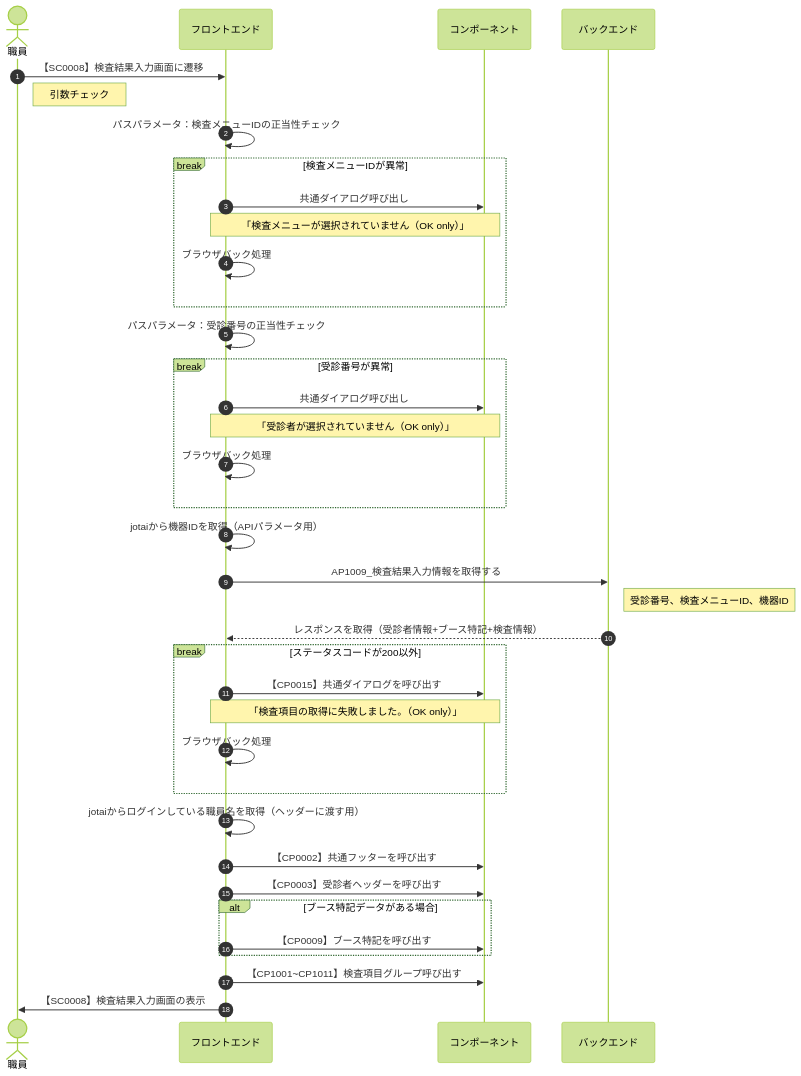
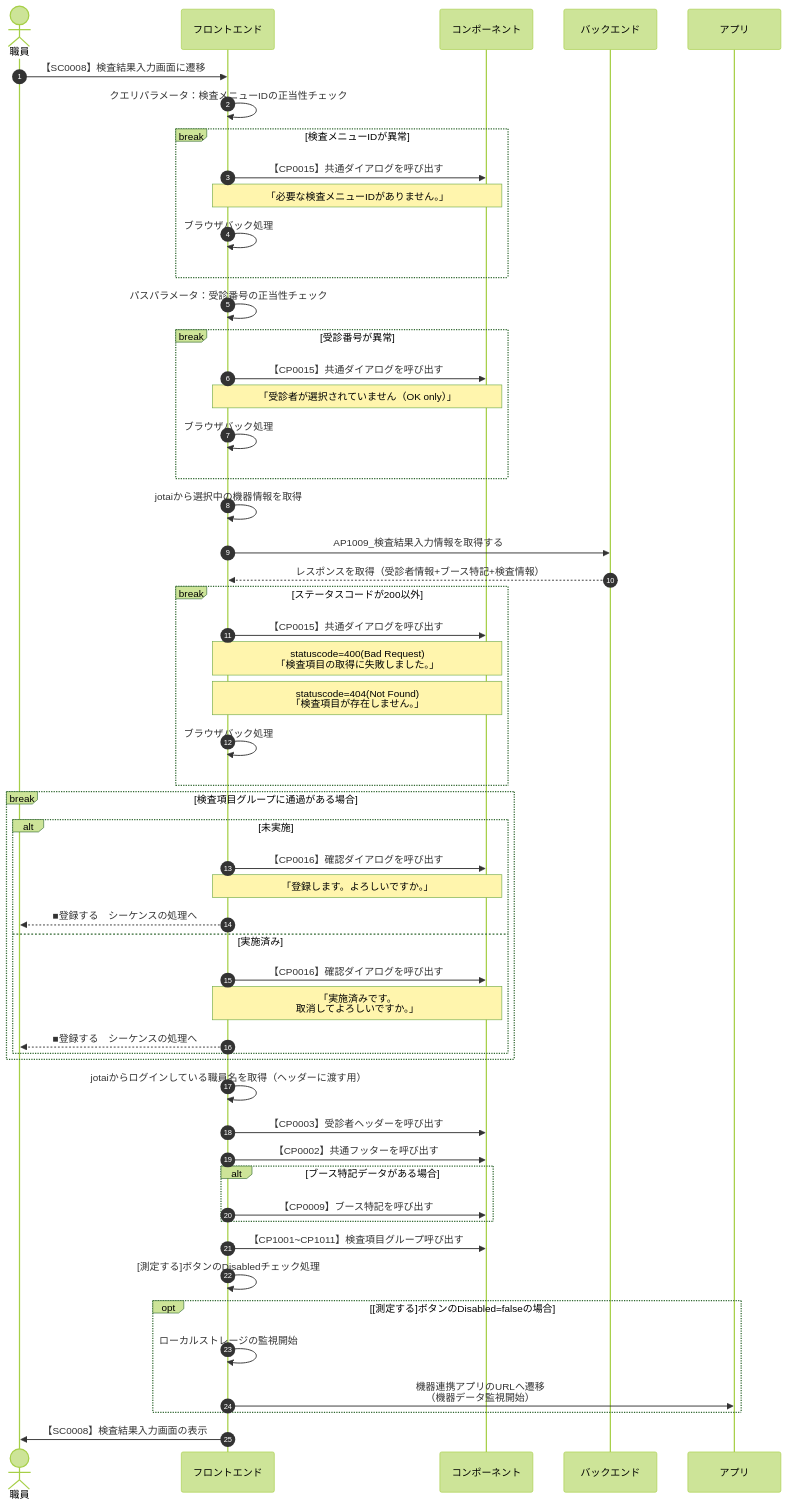
The diagram in Documents/UI設計書/src/docs/画面/SC0008_検査結果入力画面/SC0008-初期表示.mmd (MrWangpeilin945/FlutterIOS), drawn with Mermaid before and after one commit. The commit also changed 1 other file, not shown here.

Commit message:
SC0008_検査結果入力画面のシーケンス図修正

```diff
--- a/Documents/UI設計書/src/docs/画面/SC0008_検査結果入力画面/SC0008-初期表示.mmd
+++ b/Documents/UI設計書/src/docs/画面/SC0008_検査結果入力画面/SC0008-初期表示.mmd
@@ -1,38 +1,55 @@
 %%{init:{'theme':'forest'}}%%
 sequenceDiagram
   actor stf as 職員
   participant fe as フロントエンド
   participant cmp as コンポーネント
   participant be as バックエンド
+  participant app as アプリ
   autonumber
   stf ->> fe: 【SC0008】検査結果入力画面に遷移
-  Note right of stf: 引数チェック
-  fe ->> fe: パスパラメータ：検査メニューIDの正当性チェック
+
+  fe ->> fe: クエリパラメータ：検査メニューIDの正当性チェック
   break 検査メニューIDが異常
-    fe ->> cmp: 共通ダイアログ呼び出し
-    Note over fe, cmp: 「検査メニューが選択されていません（OK only）」
+    fe ->> cmp: 【CP0015】共通ダイアログを呼び出す
+    Note over fe, cmp: 「必要な検査メニューIDがありません。」
     fe ->> fe: ブラウザバック処理
   end
   fe ->> fe: パスパラメータ：受診番号の正当性チェック
   break 受診番号が異常
-    fe ->> cmp: 共通ダイアログ呼び出し
+    fe ->> cmp: 【CP0015】共通ダイアログを呼び出す
     Note over fe, cmp: 「受診者が選択されていません（OK only）」
     fe ->> fe: ブラウザバック処理
   end
-  fe ->> fe: jotaiから機器IDを取得（APIパラメータ用）
+  fe ->> fe: jotaiから選択中の機器情報を取得
   fe ->> be: AP1009_検査結果入力情報を取得する
-  Note right of be: 受診番号、検査メニューID、機器ID
   be -->> fe: レスポンスを取得（受診者情報+ブース特記+検査情報）
   break ステータスコードが200以外
     fe ->> cmp: 【CP0015】共通ダイアログを呼び出す
-    Note over fe, cmp: 「検査項目の取得に失敗しました。（OK only）」
+    Note over fe, cmp: statuscode=400(Bad Request)<br>「検査項目の取得に失敗しました。」
+    Note over fe, cmp: statuscode=404(Not Found)<br>「検査項目が存在しません。」
     fe ->> fe: ブラウザバック処理
   end
+  break 検査項目グループに通過がある場合
+    alt 未実施
+      fe ->>cmp: 【CP0016】確認ダイアログを呼び出す
+      Note over fe, cmp: 「登録します。よろしいですか。」
+      fe -->>stf: ■登録する　シーケンスの処理へ
+    else 実施済み
+      fe ->>cmp: 【CP0016】確認ダイアログを呼び出す
+      Note over fe, cmp: 「実施済みです。<br>取消してよろしいですか。」
+      fe -->>stf: ■登録する　シーケンスの処理へ
+    end
+  end
   fe ->> fe: jotaiからログインしている職員名を取得（ヘッダーに渡す用）
+  fe ->> cmp: 【CP0003】受診者ヘッダーを呼び出す
   fe ->> cmp: 【CP0002】共通フッターを呼び出す
-  fe ->> cmp: 【CP0003】受診者ヘッダーを呼び出す
   alt ブース特記データがある場合
     fe ->> cmp: 【CP0009】ブース特記を呼び出す
   end
   fe ->> cmp: 【CP1001~CP1011】検査項目グループ呼び出す
+  fe ->>fe: [測定する]ボタンのDisabledチェック処理
+  opt [測定する]ボタンのDisabled=falseの場合
+    fe->>fe: ローカルストレージの監視開始
+    fe ->>app: 機器連携アプリのURLへ遷移<br>（機器データ監視開始）
+  end
   fe ->> stf: 【SC0008】検査結果入力画面の表示
```
